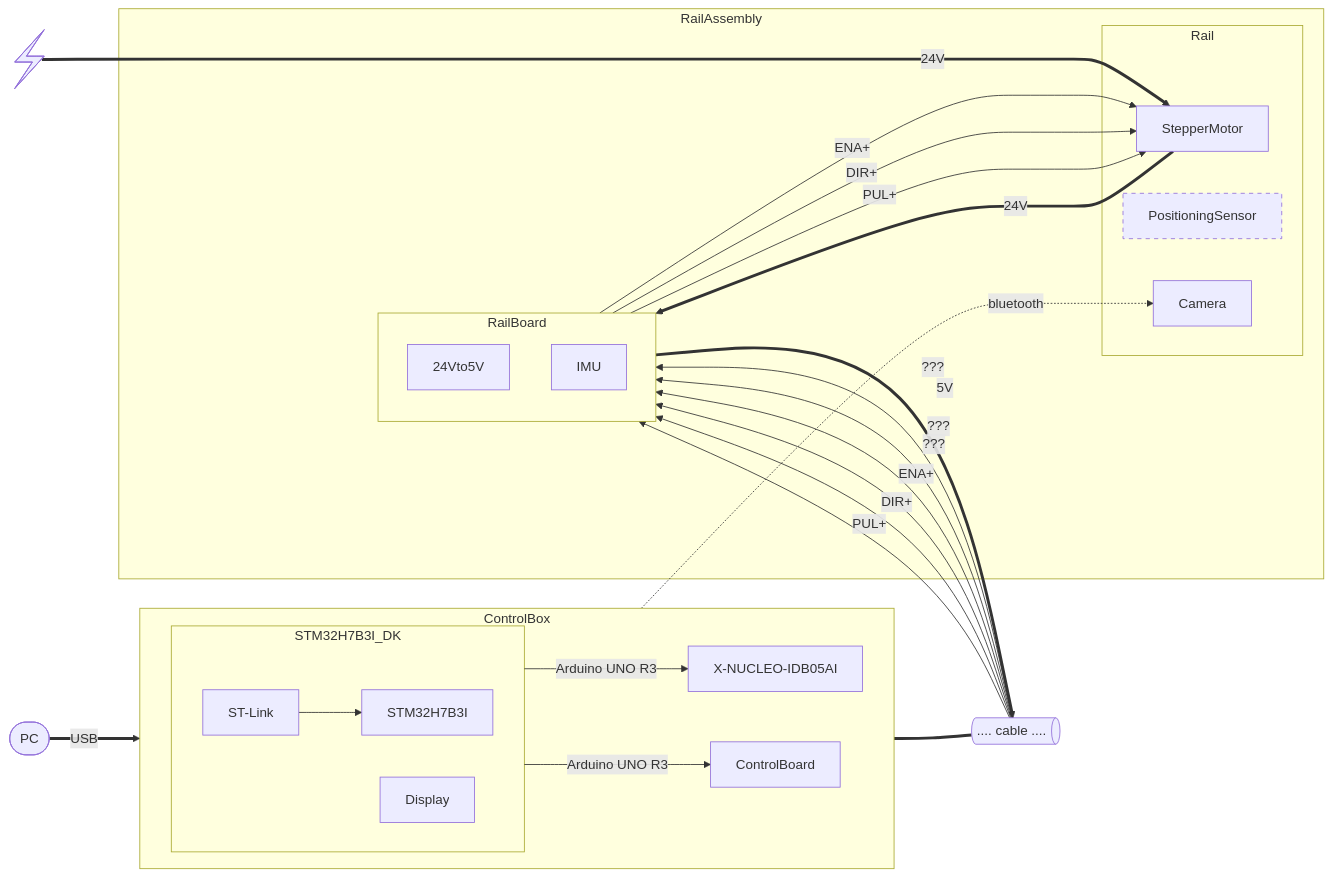
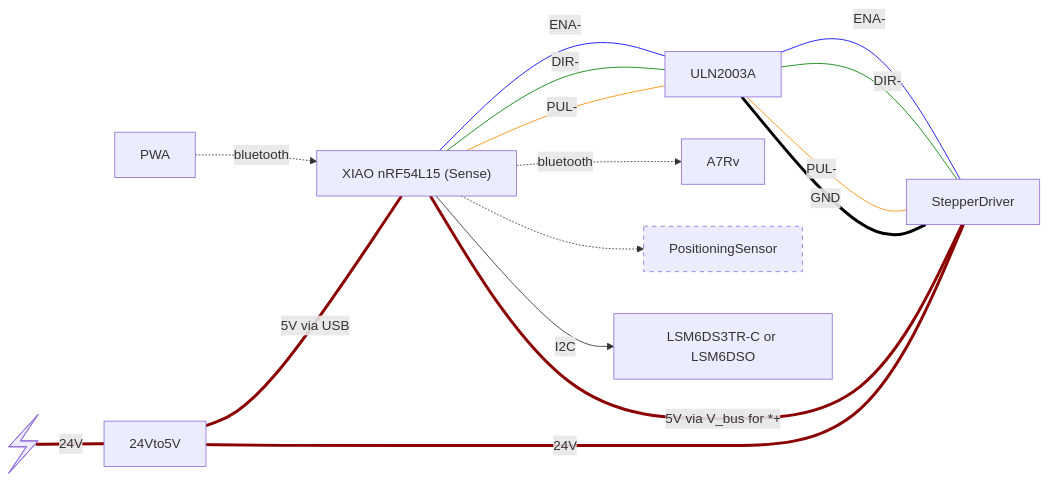
The diagram in electronics/sketch.mmd (maxhbr/zephyr-rail), drawn with Mermaid before and after one commit. The commit also changed 6 other files, not shown here.

```diff
--- a/electronics/sketch.mmd
+++ b/electronics/sketch.mmd
@@ -1,54 +1,49 @@
 ---
 config:
 ---
 flowchart LR;
 
-  subgraph ControlBox
-    direction LR 
-    subgraph STM32H7B3I_DK
-      STM32H7B3I
-      ST-Link --> STM32H7B3I
-      Display
-    end
-    STM32H7B3I_DK -->|Arduino UNO R3| X-NUCLEO-IDB05AI
-    STM32H7B3I_DK -->|Arduino UNO R3| ControlBoard
-  end
+  MCU_Right@{ label: "XIAO nRF54L15 (Sense)" }
+  PWA-. bluetooth .->MCU_Right
 
-  PC([PC])
-  PC ==>|USB| ST-Link
+  StepperDriver
+  
+  ULN2003A
+  MCU_Right ---|ENA-| ULN2003A
+  MCU_Right ---|DIR-| ULN2003A
+  MCU_Right ---|PUL-| ULN2003A
+  ULN2003A  ---|ENA-| StepperDriver
+  ULN2003A  ---|DIR-| StepperDriver
+  ULN2003A  ---|PUL-| StepperDriver
+  ULN2003A  ===|GND| StepperDriver
 
-  subgraph RailAssembly
-    subgraph RailBoard
-      direction TB 
-      24Vto5V
-      IMU
-    end
-    subgraph Rail
-      StepperMotor
-      PositioningSensor
-      Camera
-    end
 
-    StepperMotor ===>|24V| 24Vto5V
-    RailBoard    -->|ENA+| StepperMotor
-    RailBoard    -->|DIR+| StepperMotor
-    RailBoard    -->|PUL+| StepperMotor
-  end
+  24Vto5V
+  24V@{ shape: bolt }
+  24V ===|24V| 24Vto5V
+  MCU_Right ====|5V via V_bus for *+| StepperDriver
+  24Vto5V ===|5V via USB| MCU_Right
+  24Vto5V =====|24V| StepperDriver
 
-  cable@{ shape: das, label: ".... cable ...." }
+  Camera@{label: "A7Rv"}
+  MCU_Right-. bluetooth .->Camera
 
-  ControlBoard === cable
+  PositioningSensor
+  style PositioningSensor stroke-dasharray: 5 5
+  MCU_Right -.-> PositioningSensor
 
-  cable   -->|ENA+| RailBoard
-  cable   -->|DIR+| RailBoard
-  cable   -->|PUL+| RailBoard
-  cable   -->|???| IMU
-  cable   -->|???| IMU
-  cable   -->|???| IMU
-  24Vto5V ==>|5V| cable
 
-  24V@{ shape: bolt }
-  24V ====>|24V| StepperMotor
-  X-NUCLEO-IDB05AI-. bluetooth .->Camera
+  IMU@{label: "LSM6DS3TR-C or LSM6DSO"}
+  MCU_Right -->|I2C| IMU
 
-  style PositioningSensor stroke-dasharray: 5 5
+  linkStyle 1 stroke: blue
+  linkStyle 2 stroke: green
+  linkStyle 3 stroke: darkorange
+  linkStyle 4 stroke: blue
+  linkStyle 5 stroke: green
+  linkStyle 6 stroke: darkorange
+  linkStyle 7 stroke: black
+  linkStyle 8 stroke: darkred
+  linkStyle 9 stroke: darkred
+  linkStyle 10 stroke: darkred
+  linkStyle 11 stroke: darkred
```
